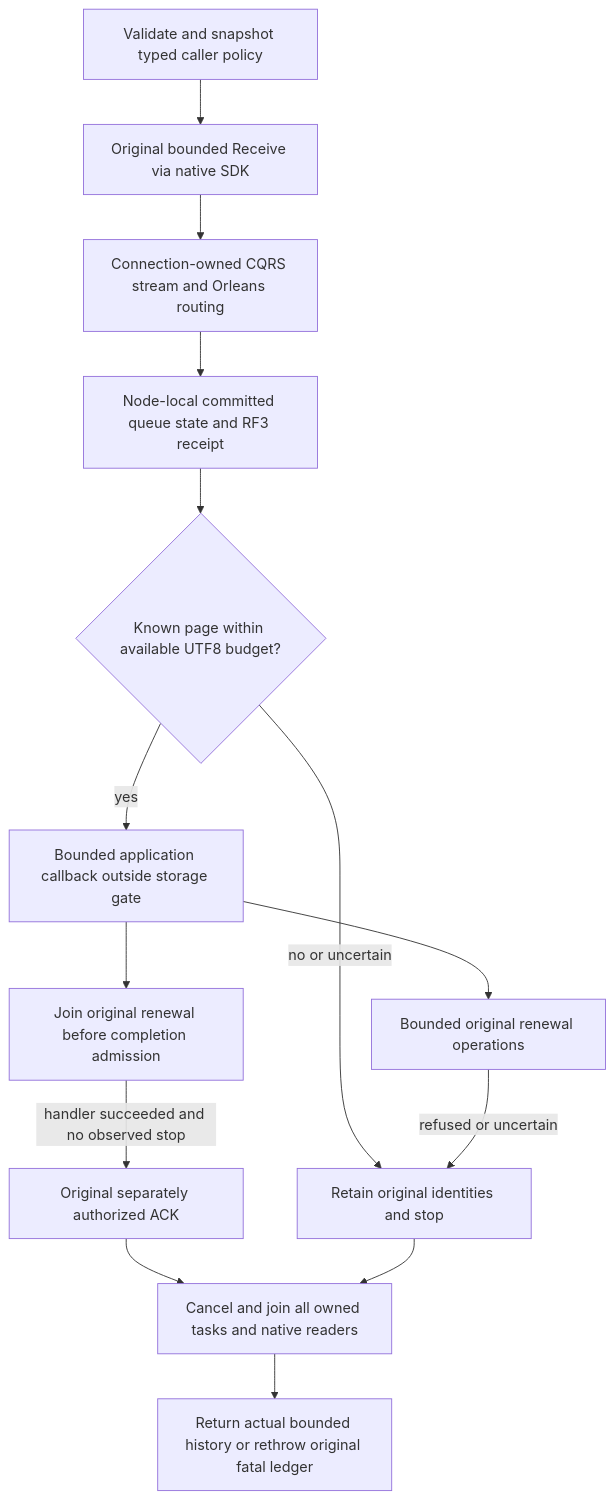
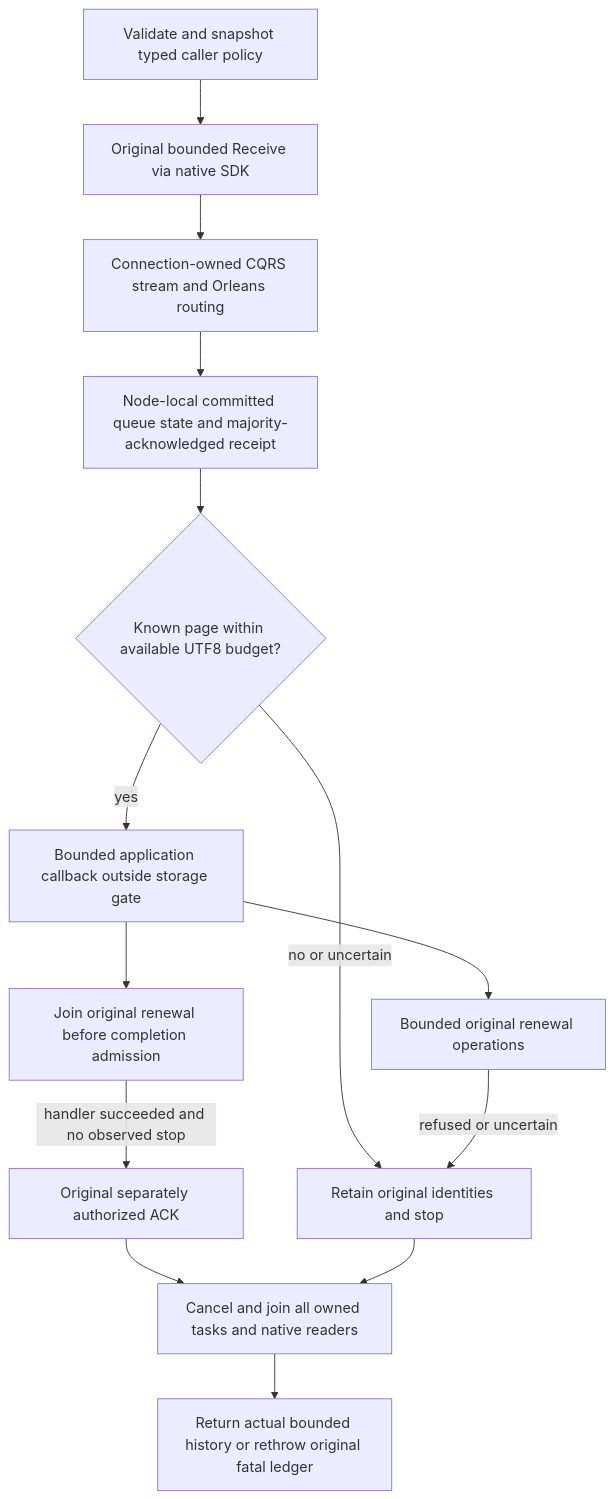
One commit to managedcode/KeyLoad changed the diagram in docs/Features/Messaging/ExternalQueueWorkers.md. Above: the diagram before and after it, drawn with Mermaid. The commit also changed other lines of this file and 7356 other files, not shown here.

````diff
--- a/docs/Features/Messaging/ExternalQueueWorkers.md
+++ b/docs/Features/Messaging/ExternalQueueWorkers.md
@@ -18,16 +9,16 @@
 ```mermaid
 flowchart TD
     Policy[Validate and snapshot typed caller policy] --> Receive[Original bounded Receive via native SDK]
     Receive --> Native[Connection-owned CQRS stream and Orleans routing]
-    Native --> Store[Node-local committed queue state and RF3 receipt]
+    Native --> Store[Node-local committed queue state and majority-acknowledged receipt]
     Store --> Check{Known page within available UTF8 budget?}
     Check -->|yes| Handler[Bounded application callback outside storage gate]
     Check -->|no or uncertain| Stop[Retain original identities and stop]
     Handler --> Renewal[Bounded original renewal operations]
     Handler --> End[Join original renewal before completion admission]
     Renewal -->|refused or uncertain| Stop
     End -->|handler succeeded and no observed stop| Ack[Original separately authorized ACK]
     Ack --> Join[Cancel and join all owned tasks and native readers]
     Stop --> Join
     Join --> Result[Return actual bounded history or rethrow original fatal ledger]
 ```
````
